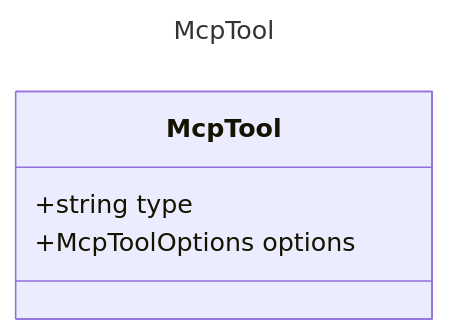
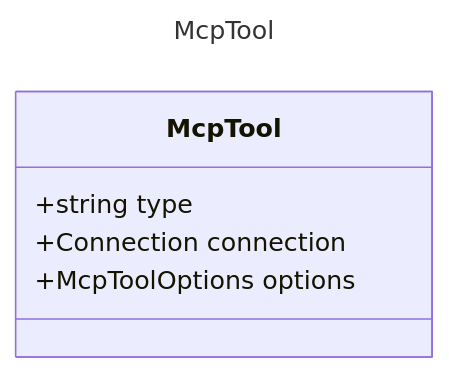
The diagram in specification/prompty/docs/McpTool.md (microsoft/prompty), drawn with Mermaid before and after one commit. The commit also changed other lines of this file and 30 other files, not shown here.

````diff
--- a/specification/prompty/docs/McpTool.md
+++ b/specification/prompty/docs/McpTool.md
@@ -7,10 +7,11 @@
 ```mermaid
 ---
 title: McpTool
 ---
 classDiagram
     class McpTool {
         +string type
+        +Connection connection
         +McpToolOptions options
     }
 ```
````
